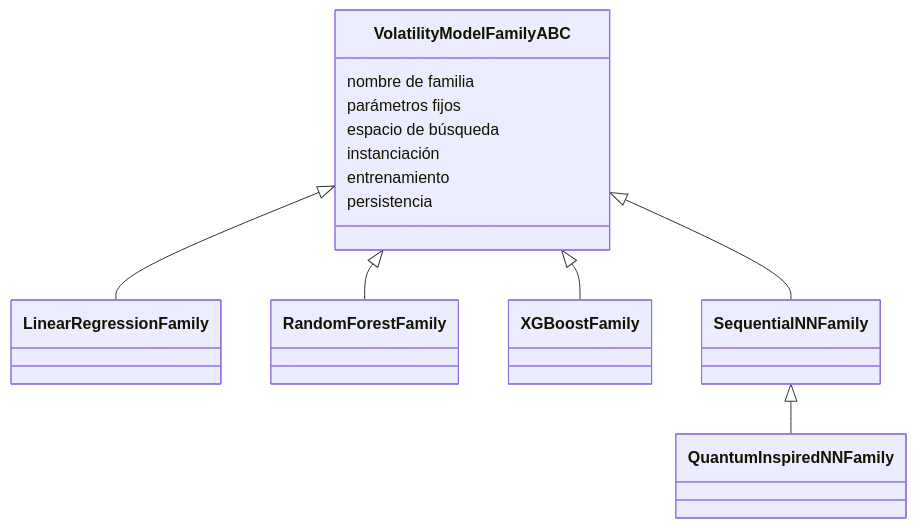
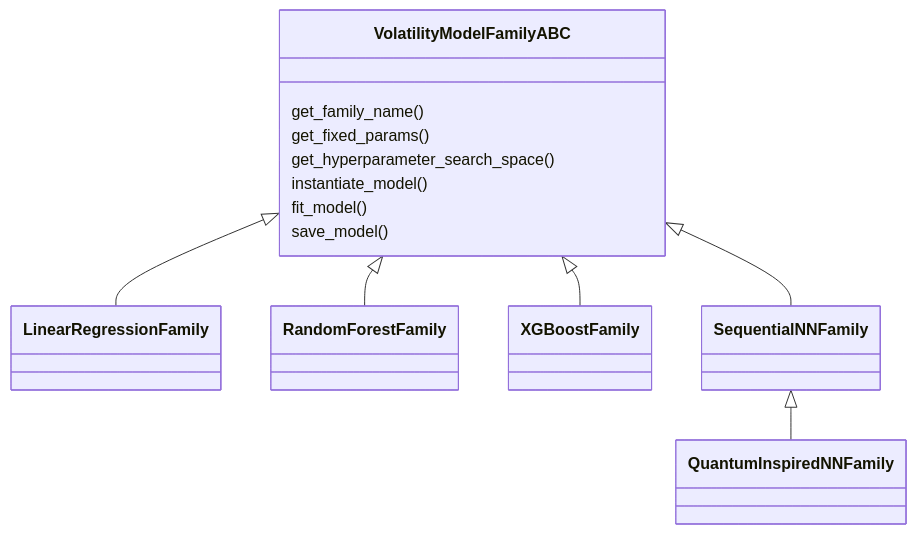
One commit to epiblasfunds/options-pricing changed the first of 2 diagrams in doc/docs/models/families.md. Above: the diagram before and after it, drawn with Mermaid. The commit also changed other lines of this file and 104 other files, not shown here.

````diff
--- a/doc/docs/models/families.md
+++ b/doc/docs/models/families.md
@@ -5,21 +7,21 @@
 ```mermaid
 classDiagram
     class VolatilityModelFamilyABC {
-      nombre de familia
-      parámetros fijos
-      espacio de búsqueda
-      instanciación
-      entrenamiento
-      persistencia
+      get_family_name()
+      get_fixed_params()
+      get_hyperparameter_search_space()
+      instantiate_model()
+      fit_model()
+      save_model()
     }
     class LinearRegressionFamily
     class RandomForestFamily
     class XGBoostFamily
     class SequentialNNFamily
     class QuantumInspiredNNFamily
     VolatilityModelFamilyABC <|-- LinearRegressionFamily
     VolatilityModelFamilyABC <|-- RandomForestFamily
     VolatilityModelFamilyABC <|-- XGBoostFamily
     VolatilityModelFamilyABC <|-- SequentialNNFamily
     SequentialNNFamily <|-- QuantumInspiredNNFamily
 ```
````
